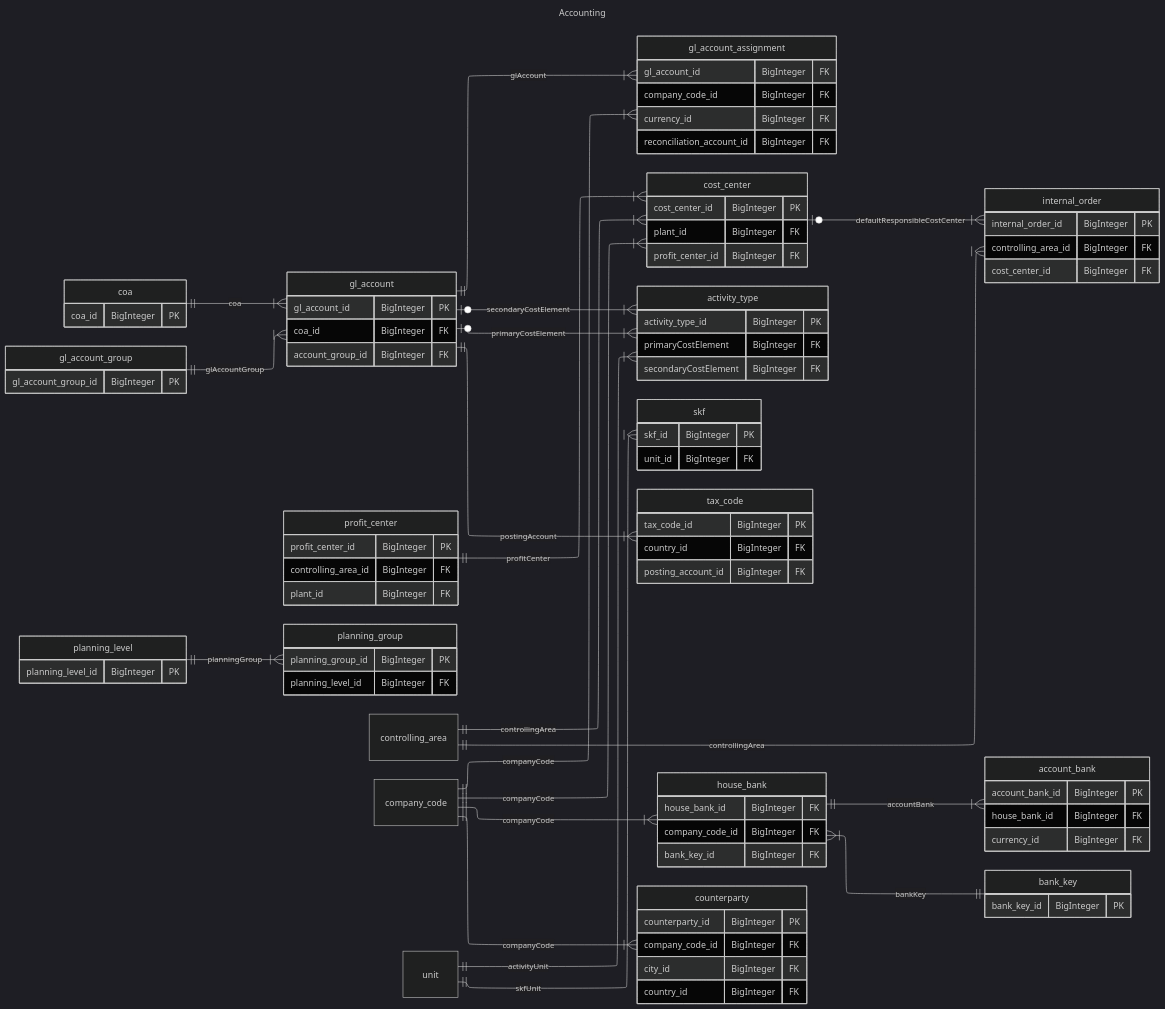
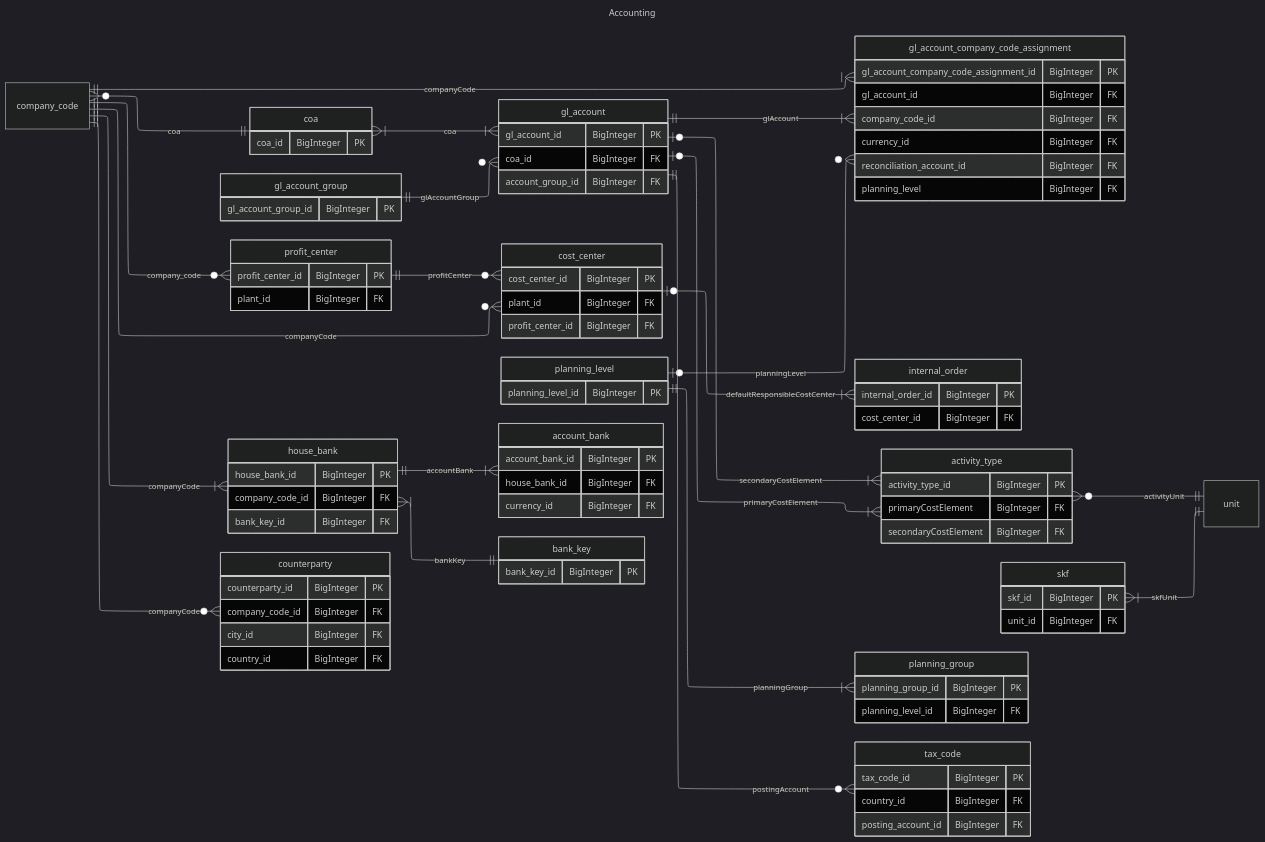
Before and after one commit to anhpeter/DDC: the diagram in split_v2/accounting.mmd, drawn with Mermaid (dark theme). The commit also changed 3 other files, not shown here.

```diff
--- a/split_v2/accounting.mmd
+++ b/split_v2/accounting.mmd
@@ -1,132 +1,133 @@
 ---
 title: Accounting
 config:
   layout: elk
 ---
 erDiagram
     direction lr
 
     coa {
         coa_id BigInteger PK
     }
     gl_account_group {
         gl_account_group_id BigInteger PK
     }
     gl_account {
         gl_account_id BigInteger PK
         coa_id BigInteger FK
         account_group_id BigInteger FK
     }
-    gl_account_assignment {
+    gl_account_company_code_assignment {
+        gl_account_company_code_assignment_id BigInteger PK
         gl_account_id BigInteger FK
         company_code_id BigInteger FK
         currency_id BigInteger FK
         reconciliation_account_id BigInteger FK
+        planning_level BigInteger FK
     }
     cost_center {
         cost_center_id BigInteger PK
         plant_id BigInteger FK
         profit_center_id BigInteger FK
     }
     profit_center {
         profit_center_id BigInteger PK
-        controlling_area_id BigInteger FK
         plant_id BigInteger FK
     }
     internal_order {
         internal_order_id BigInteger PK
-        controlling_area_id BigInteger FK
         cost_center_id BigInteger FK
     }
     activity_type {
         activity_type_id BigInteger PK
         primaryCostElement BigInteger FK
         secondaryCostElement BigInteger FK
     }
     skf {
         skf_id BigInteger PK
         unit_id BigInteger FK
     }
     planning_level {
         planning_level_id BigInteger PK
     }
     planning_group {
         planning_group_id BigInteger PK
         planning_level_id BigInteger FK
     }
     tax_code {
         tax_code_id BigInteger PK
         country_id BigInteger FK
         posting_account_id BigInteger FK
 
     }
     house_bank {
-        house_bank_id BigInteger FK
+        house_bank_id BigInteger PK
         company_code_id BigInteger FK
         bank_key_id BigInteger FK
     }
     account_bank {
         account_bank_id BigInteger PK
         house_bank_id BigInteger FK
         currency_id BigInteger FK
     }
     counterparty {
         counterparty_id BigInteger PK
         company_code_id BigInteger FK
         city_id BigInteger FK
         country_id BigInteger FK
     }
     bank_key {
         bank_key_id BigInteger PK
     }
     %% %%
     %% payment_term {
     %%     payment_term_id BigInteger PK
     %% }
     %% payment_method {
     %%     payment_method BigInteger PK
     %% }
     %% document_type {
     %%     document_type_id BigInteger PK
     %% }
     %% tax_category {
     %%     tax_category_id BigInteger PK
     %% }
     %% tax_classification {
     %%     tax_classification_id BigInteger PK
     %% }
 
 
     %% CONTROLLING AREA
-    controlling_area ||--|{ cost_center : "controllingArea"
-    company_code ||--|{ cost_center : "companyCode"
-    company_code ||--|{ counterparty : "companyCode"
-    profit_center ||--|{ cost_center : "profitCenter"
+    company_code ||--o{ cost_center : "companyCode"
+    company_code ||--o{ counterparty : "companyCode"
+    profit_center ||--o{ cost_center : "profitCenter"
 
     %% ACTIVITY TYPE
-    unit  ||--|{ activity_type  : "activityUnit"
+    activity_type }o--|| unit  : "activityUnit"
 
     %% GL ACCOUNT
-    gl_account_group ||--|{  gl_account: "glAccountGroup"
-    coa ||--|{  gl_account: "coa"
-    gl_account ||--|{ gl_account_assignment : "glAccount"
-    company_code ||--|{ gl_account_assignment : "companyCode"
+    gl_account_group ||--o{  gl_account: "glAccountGroup"
+    coa }|--|{  gl_account: "coa"
+    gl_account ||--|{ gl_account_company_code_assignment : "glAccount"
+    company_code ||--|{ gl_account_company_code_assignment : "companyCode"
+    planning_level |o--o{ gl_account_company_code_assignment: "planningLevel"
     gl_account |o--|{ activity_type : "primaryCostElement"
     gl_account |o--|{ activity_type : "secondaryCostElement"
 
     %% INTERNAL ORDER
-    controlling_area ||--|{ internal_order : "controllingArea"
     cost_center |o--|{ internal_order : "defaultResponsibleCostCenter"
 
     %% TAX CONFIGURATION
-    gl_account ||--|{ tax_code  : "postingAccount"
+    gl_account ||--o{ tax_code  : "postingAccount"
 
     %% PLANNING
     planning_level ||--|{ planning_group : "planningGroup"
 
     %% SKF
-    unit    ||--|{ skf  : "skfUnit"
+    skf }|--|| unit: "skfUnit"
 
+    company_code ||--o{ profit_center : "company_code"
+    company_code }o--|| coa : "coa"
     company_code ||--|{ house_bank : "companyCode"
     house_bank }|--|| bank_key : "bankKey"
     house_bank ||--|{ account_bank : "accountBank"
```
